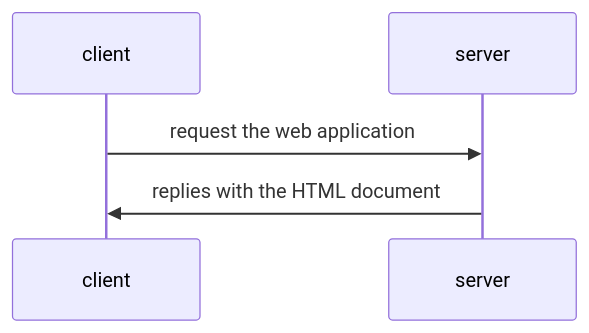
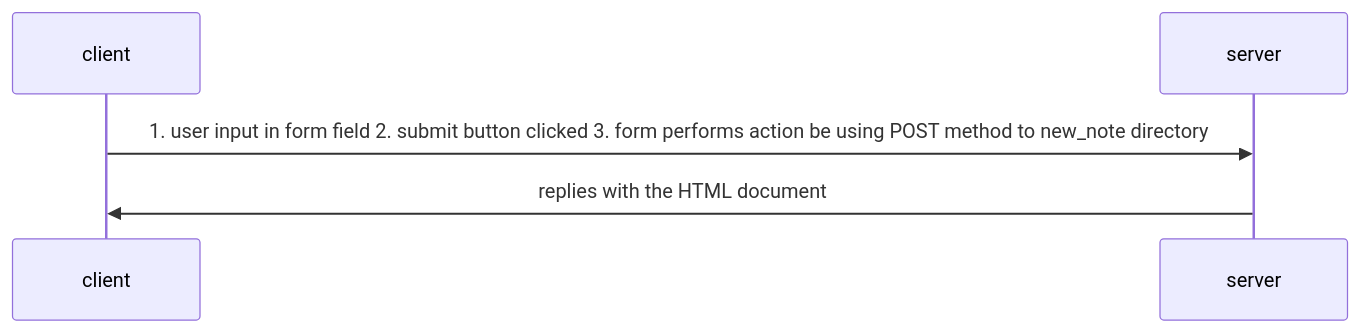
One commit to theDapperFoxtrot/fullstackopen-part0-exercises changed the diagram in README.md. Above: the diagram before and after it, drawn with Mermaid.

````diff
--- a/README.md
+++ b/README.md
@@ -8,7 +8,7 @@
 ```mermaid
 sequenceDiagram
     participant client
     participant server
-    client->>server: request the web application
+    client->>server: 1. user input in form field 2. submit button clicked 3. form performs action be using POST method to new_note directory
     server->>client: replies with the HTML document
 ```
````
